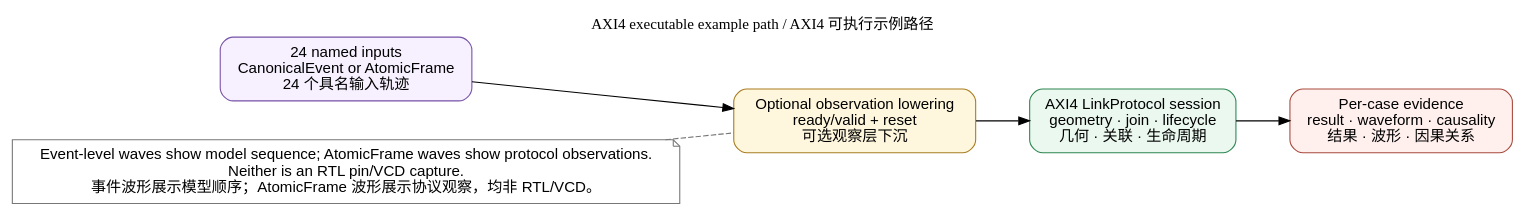
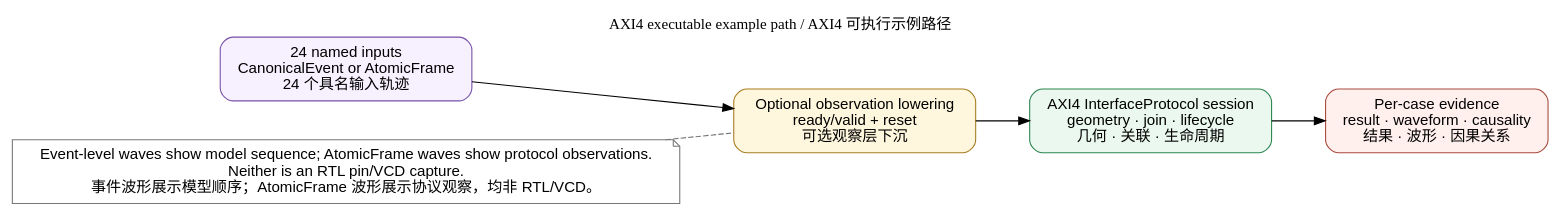
One commit to WhiteDeerPro/PROTOCOL_MODEL changed the diagram in showcase/generated/axi4/sources/evidence-path.dot. Above: the diagram before and after it, drawn with Graphviz. The commit also changed 755 other files, not shown here.

```diff
--- a/showcase/generated/axi4/sources/evidence-path.dot
+++ b/showcase/generated/axi4/sources/evidence-path.dot
@@ -1,14 +1,14 @@
 digraph demo_scope {
   rankdir=LR;
   label="AXI4 executable example path / AXI4 可执行示例路径";
   labelloc="t";
   graph [bgcolor="white", nodesep=0.5, ranksep=0.7, splines=polyline];
   node [shape=box, style="rounded,filled", fontname="sans-serif", margin="0.15,0.10"];
   inputs [label="24 named inputs\nCanonicalEvent or AtomicFrame\n24 个具名输入轨迹", fillcolor="#f7f0ff", color="#7652a8"];
   observation [label="Optional observation lowering\nready/valid + reset\n可选观察层下沉", fillcolor="#fff7dd", color="#a87d21"];
-  link [label="AXI4 LinkProtocol session\ngeometry · join · lifecycle\n几何 · 关联 · 生命周期", fillcolor="#eaf8ef", color="#2d8650"];
+  link [label="AXI4 InterfaceProtocol session\ngeometry · join · lifecycle\n几何 · 关联 · 生命周期", fillcolor="#eaf8ef", color="#2d8650"];
   evidence [label="Per-case evidence\nresult · waveform · causality\n结果 · 波形 · 因果关系", fillcolor="#fff0ee", color="#a84a3d"];
   inputs -> observation -> link -> evidence;
   boundary [shape=note, label="Event-level waves show model sequence; AtomicFrame waves show protocol observations.\nNeither is an RTL pin/VCD capture.\n事件波形展示模型顺序；AtomicFrame 波形展示协议观察，均非 RTL/VCD。", fillcolor="#ffffff", color="#777777"];
   boundary -> observation [style=dashed, arrowhead=none, color="#777777"];
 }
```
